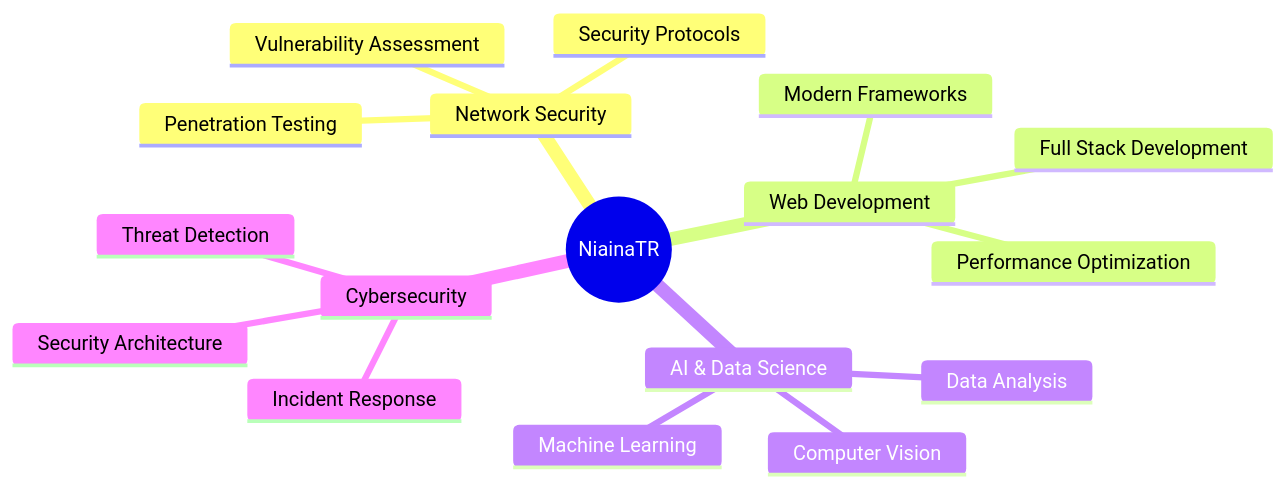
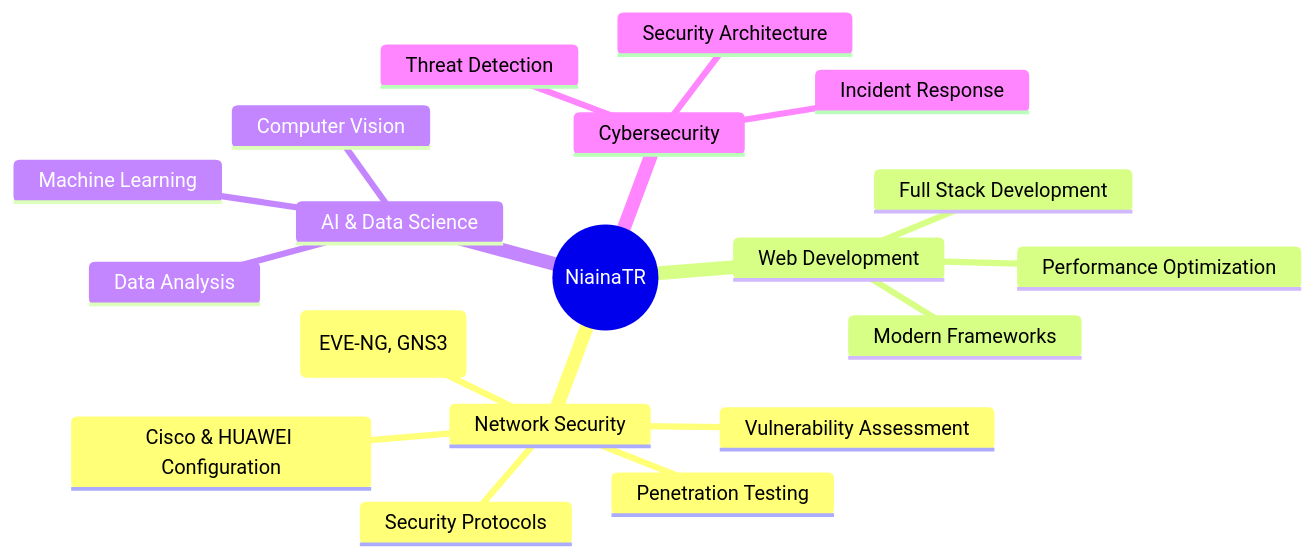
One commit to NiainaTR/NiainaTR changed the diagram in README.md. Above: the diagram before and after it, drawn with Mermaid. The commit also changed other lines of this file, not shown here.

````diff
--- a/README.md
+++ b/README.md
@@ -135,20 +148,22 @@
 ```mermaid
 mindmap
   root((NiainaTR))
     Network Security
+      Network Simulation (EVE-NG, GNS3)
+      Cisco & HUAWEI Configuration
       Penetration Testing
       Vulnerability Assessment
       Security Protocols
     Web Development
       Full Stack Development
       Modern Frameworks
       Performance Optimization
     AI & Data Science
       Machine Learning
       Data Analysis
       Computer Vision
     Cybersecurity
       Threat Detection
       Incident Response
       Security Architecture
 ```
````
